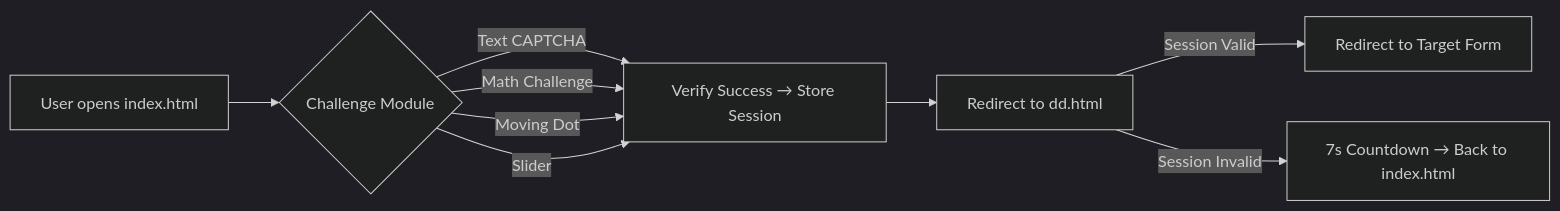
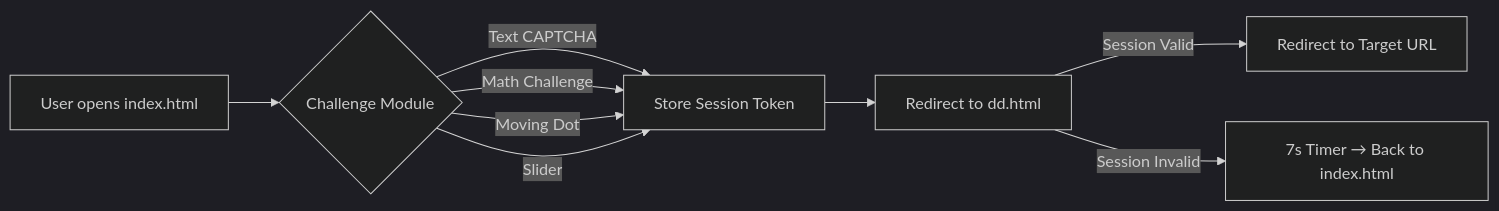
One commit to deepdeyiitgn/support-page-deepdeyiitk.com changed the diagram in README.md. Above: the diagram before and after it, drawn with Mermaid (dark theme). The commit also changed other lines of this file, not shown here.

````diff
--- a/README.md
+++ b/README.md
@@ -137,11 +140,11 @@
 ```mermaid
 flowchart LR
     A[User opens index.html] --> B{Challenge Module}
-    B -->|Text CAPTCHA| C[Verify Success → Store Session]
+    B -->|Text CAPTCHA| C[Store Session Token]
     B -->|Math Challenge| C
     B -->|Moving Dot| C
     B -->|Slider| C
     C --> D[Redirect to dd.html]
-    D -->|Session Valid| E[Redirect to Target Form]
-    D -->|Session Invalid| F[7s Countdown → Back to index.html]
+    D -->|Session Valid| E[Redirect to Target URL]
+    D -->|Session Invalid| F[7s Timer → Back to index.html]
 ```
````
